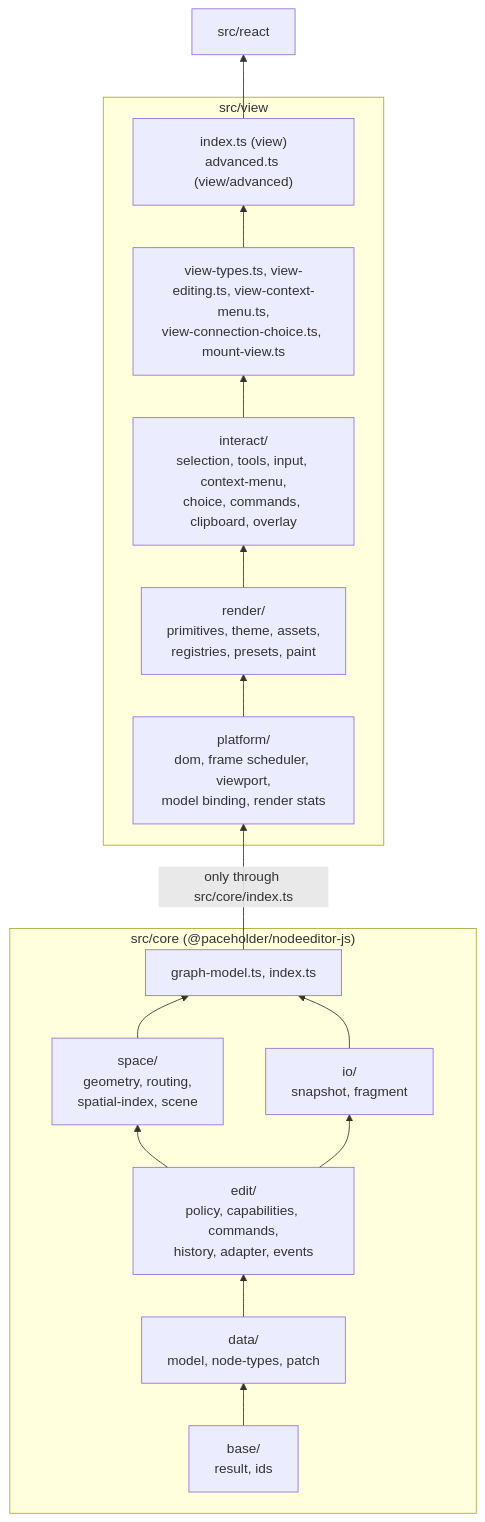
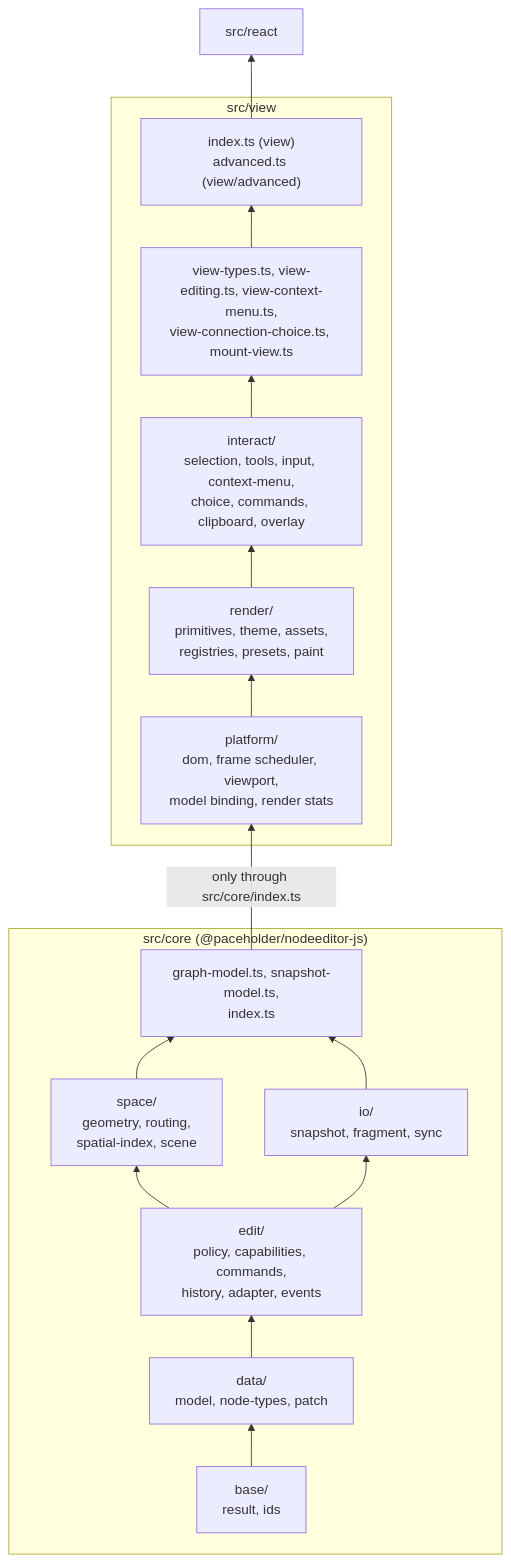
One commit to paceholder/nodeeditor-js changed the ninth of 10 diagrams in docs/architecture.md. Above: the diagram before and after it, drawn with Mermaid. The commit also changed other lines of this file and 5 other files, not shown here.

First line of the commit message:
Document how a host that owns the document drives the snapshot model

````diff
--- a/docs/architecture.md
+++ b/docs/architecture.md
@@ -488,18 +506,18 @@
 ```mermaid
 flowchart BT
   subgraph core["src/core (@paceholder/nodeeditor-js)"]
     base["base/<br/>result, ids"] --> data["data/<br/>model, node-types, patch"]
     data --> edit["edit/<br/>policy, capabilities, commands,<br/>history, adapter, events"]
     edit --> space["space/<br/>geometry, routing,<br/>spatial-index, scene"]
-    edit --> io["io/<br/>snapshot, fragment"]
-    space & io --> facade["graph-model.ts, index.ts"]
+    edit --> io["io/<br/>snapshot, fragment, sync"]
+    space & io --> facade["graph-model.ts, snapshot-model.ts,<br/>index.ts"]
   end
   subgraph view["src/view"]
     platform["platform/<br/>dom, frame scheduler, viewport,<br/>model binding, render stats"] --> render["render/<br/>primitives, theme, assets,<br/>registries, presets, paint"]
     render --> interact["interact/<br/>selection, tools, input, context-menu,<br/>choice, commands, clipboard, overlay"]
     interact --> mount["view-types.ts, view-editing.ts, view-context-menu.ts,<br/>view-connection-choice.ts, mount-view.ts"]
     mount --> entries["index.ts (view)<br/>advanced.ts (view/advanced)"]
   end
   facade -- "only through src/core/index.ts" --> platform
   entries --> react["src/react"]
 ```
````
